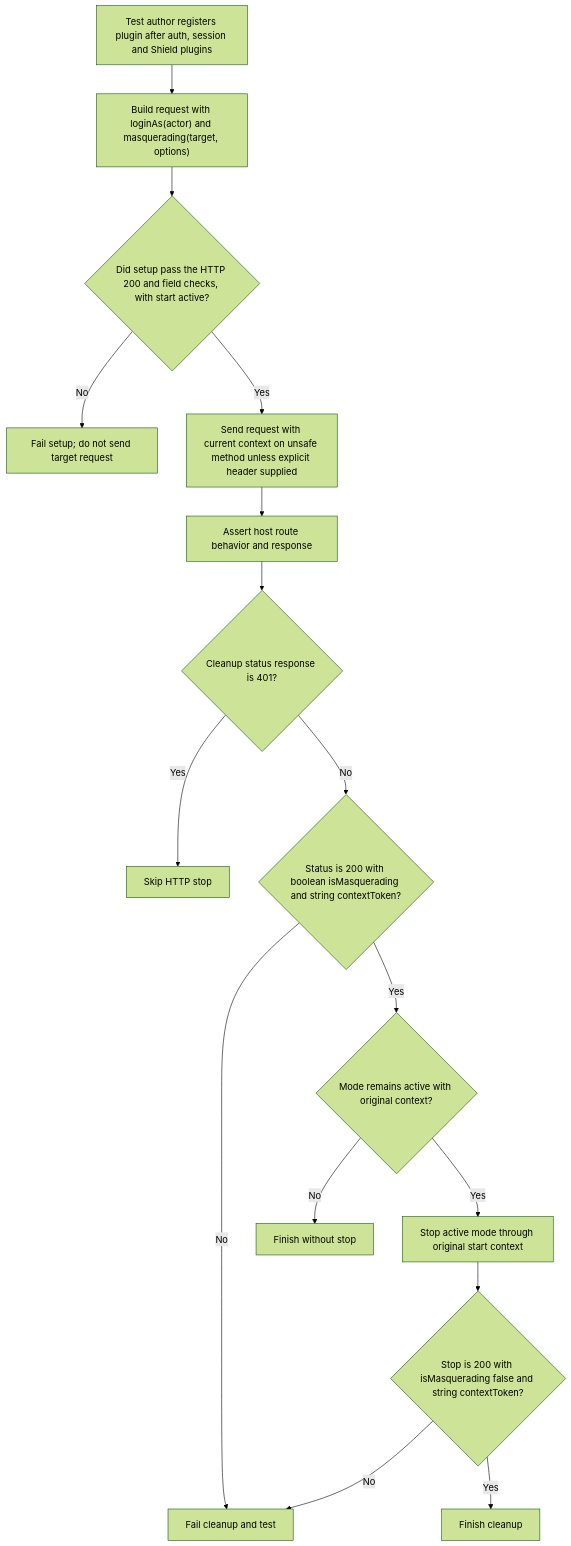
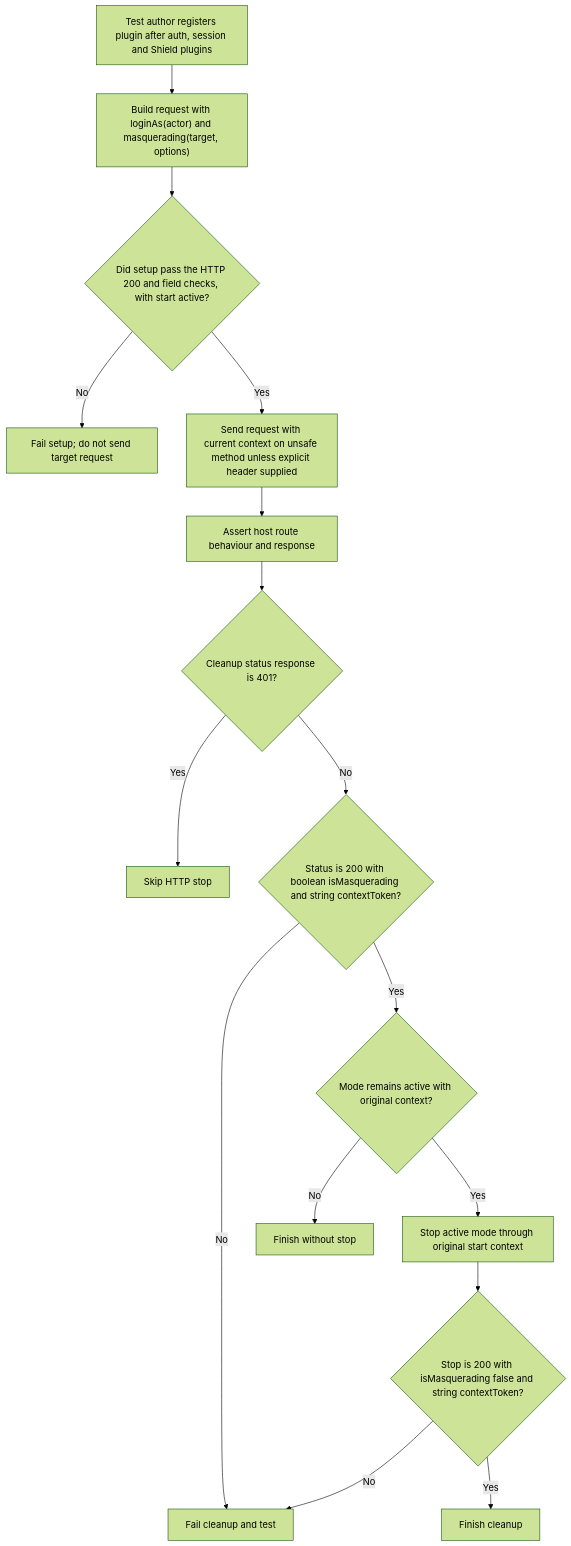
One commit to Kevinjohn/oss-adonisjs-masquerade changed the first of 2 diagrams in user-stories/testing/us-testing-01-api-client-masquerading.md. Above: the diagram before and after it, drawn with Mermaid (forest theme). The commit also changed 42 other files, not shown here.

````diff
--- a/user-stories/testing/us-testing-01-api-client-masquerading.md
+++ b/user-stories/testing/us-testing-01-api-client-masquerading.md
@@ -22,18 +22,18 @@
 ```mermaid
 flowchart TD
  A["Test author registers plugin after auth, session and Shield plugins"] --> B["Build request with loginAs(actor) and masquerading(target, options)"]
  B --> C{"Did setup pass the HTTP 200 and field checks, with start active?"}
  C -->|No| D["Fail setup; do not send target request"]
  C -->|Yes| E["Send request with current context on unsafe method unless explicit header supplied"]
- E --> F["Assert host route behavior and response"]
+ E --> F["Assert host route behaviour and response"]
  F --> G{"Cleanup status response is 401?"}
  G -->|Yes| H["Skip HTTP stop"]
  G -->|No| J{"Status is 200 with boolean isMasquerading and string contextToken?"}
  J -->|No| K["Fail cleanup and test"]
  J -->|Yes| L{"Mode remains active with original context?"}
  L -->|No| M["Finish without stop"]
  L -->|Yes| I["Stop active mode through original start context"]
  I --> N{"Stop is 200 with isMasquerading false and string contextToken?"}
  N -->|No| K
  N -->|Yes| O["Finish cleanup"]
 ```
````
